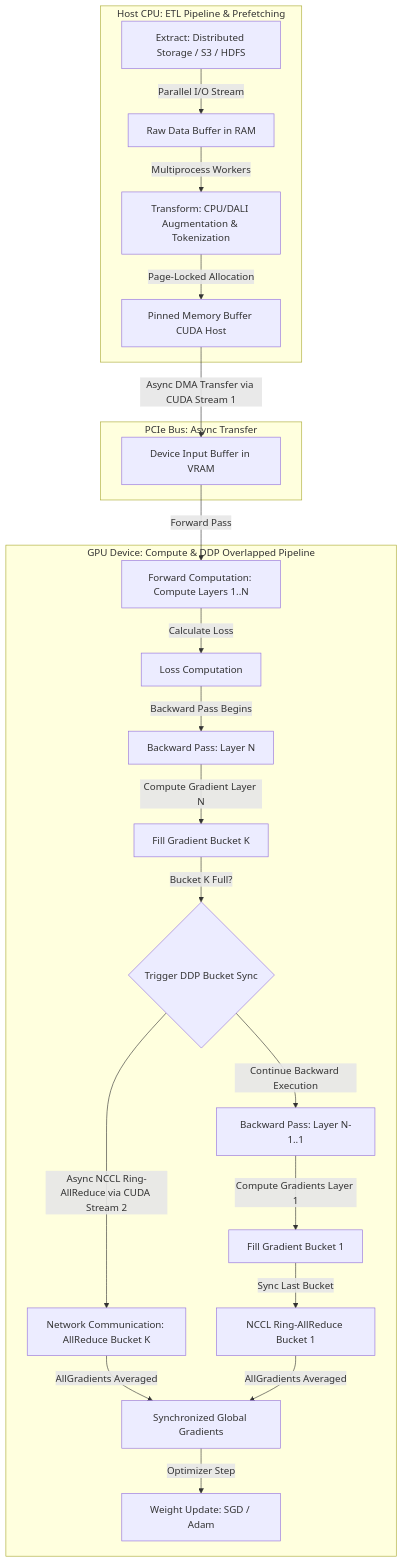
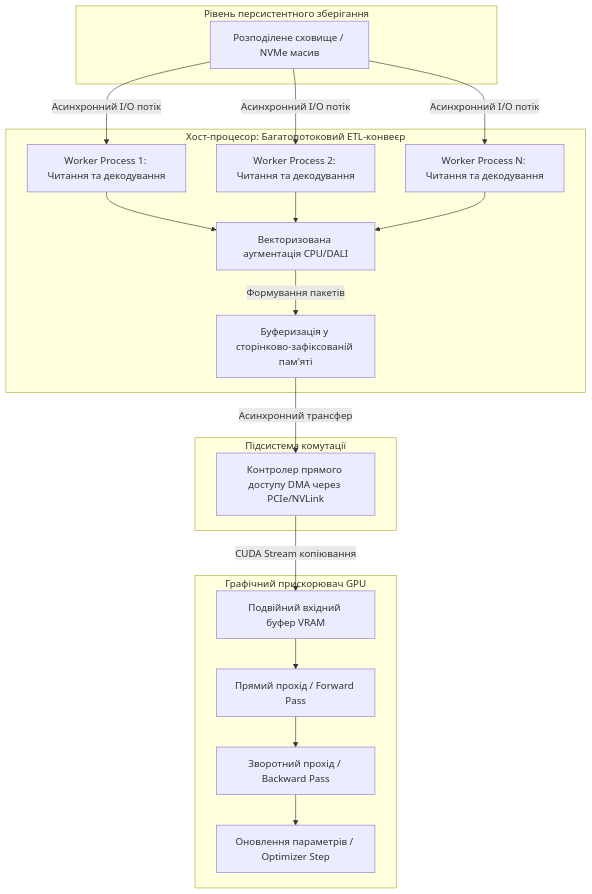
Before and after one commit to KyryloVadurin/computational-processes-ai: the first of 7 diagrams in docs/lk/lk4.md, drawn with Mermaid. The commit also changed other lines of this file, not shown here.

````diff
--- a/docs/lk/lk4.md
+++ b/docs/lk/lk4.md
@@ -125,30 +71,38 @@
 ```mermaid
 flowchart TD
-    subgraph Host_CPU_ETL_Pipeline [Host CPU: ETL Pipeline & Prefetching]
-        A[Extract: Distributed Storage / S3 / HDFS] -->|Parallel I/O Stream| B[Raw Data Buffer in RAM]
-        B -->|Multiprocess Workers| C[Transform: CPU/DALI Augmentation & Tokenization]
-        C -->|Page-Locked Allocation| D[Pinned Memory Buffer CUDA Host]
+    subgraph Storage_Layer [Рівень персистентного зберігання]
+        DS1[Розподілене сховище / NVMe масив]
     end
 
-    subgraph PCIe_DMA_Transfer [PCIe Bus: Async Transfer]
-        D -->|Async DMA Transfer via CUDA Stream 1| E[Device Input Buffer in VRAM]
+    subgraph Host_CPU_Pipeline [Хост-процесор: Багатопотоковий ETL-конвеєр]
+        W1[Worker Process 1: Читання та декодування]
+        W2[Worker Process 2: Читання та декодування]
+        W3[Worker Process N: Читання та декодування]
+        AUG[Векторизована аугментація CPU/DALI]
+        PIN[Буферизація у сторінково-зафіксованій пам'яті]
     end
 
-    subgraph GPU_Compute_DDP_Pipeline [GPU Device: Compute & DDP Overlapped Pipeline]
-        E -->|Forward Pass| F[Forward Computation: Compute Layers 1..N]
-        F -->|Calculate Loss| G[Loss Computation]
-        G -->|Backward Pass Begins| H[Backward Pass: Layer N]
-        
-        H -->|Compute Gradient Layer N| I[Fill Gradient Bucket K]
-        I -->|Bucket K Full?| J{Trigger DDP Bucket Sync}
-        
-        J -->|Async NCCL Ring-AllReduce via CUDA Stream 2| K[Network Communication: AllReduce Bucket K]
-        J -->|Continue Backward Execution| L[Backward Pass: Layer N-1..1]
-        
-        L -->|Compute Gradients Layer 1| M[Fill Gradient Bucket 1]
-        M -->|Sync Last Bucket| N[NCCL Ring-AllReduce Bucket 1]
-        
-        K & N -->|AllGradients Averaged| O[Synchronized Global Gradients]
-        O -->|Optimizer Step| P[Weight Update: SGD / Adam]
+    subgraph Bus_Subsystem [Підсистема комутації]
+        DMA[Контролер прямого доступу DMA через PCIe/NVLink]
     end
+
+    subgraph Device_VRAM_Execution [Графічний прискорювач GPU]
+        DB[Подвійний вхідний буфер VRAM]
+        FWD[Прямий прохід / Forward Pass]
+        BWD[Зворотний прохід / Backward Pass]
+        OPT[Оновлення параметрів / Optimizer Step]
+    end
+
+    DS1 -->|Асинхронний I/O потік| W1
+    DS1 -->|Асинхронний I/O потік| W2
+    DS1 -->|Асинхронний I/O потік| W3
+    W1 --> AUG
+    W2 --> AUG
+    W3 --> AUG
+    AUG -->|Формування пакетів| PIN
+    PIN -->|Асинхронний трансфер| DMA
+    DMA -->|CUDA Stream копіювання| DB
+    DB --> FWD
+    FWD --> BWD
+    BWD --> OPT
 ```
````
